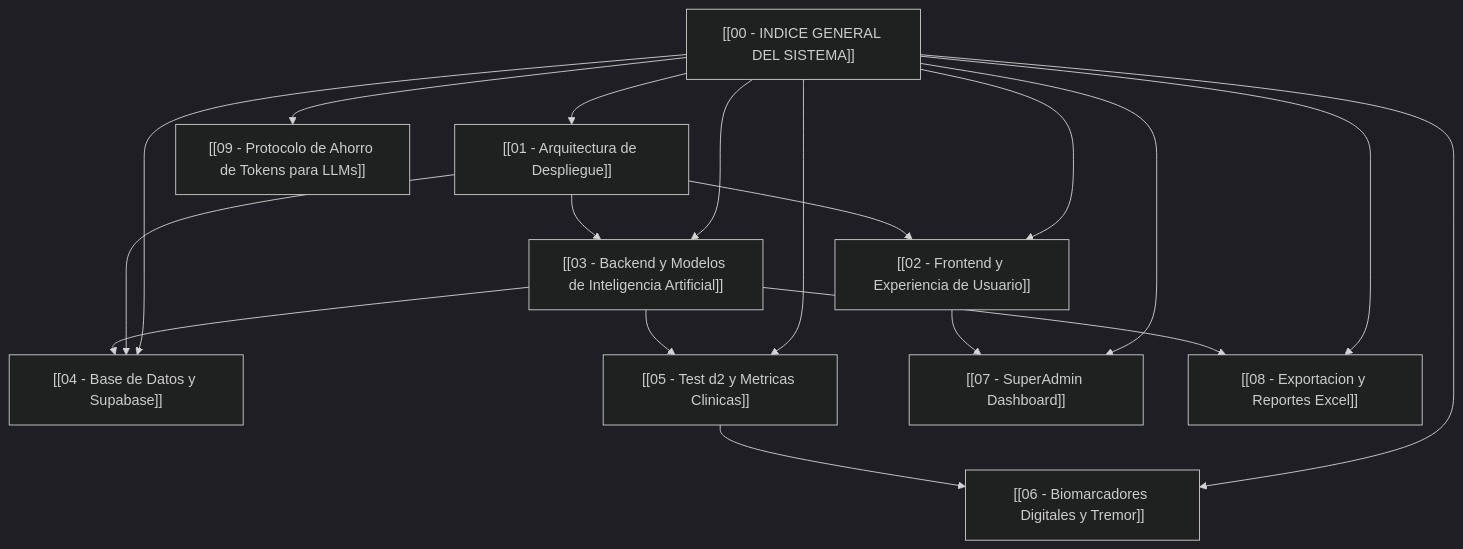
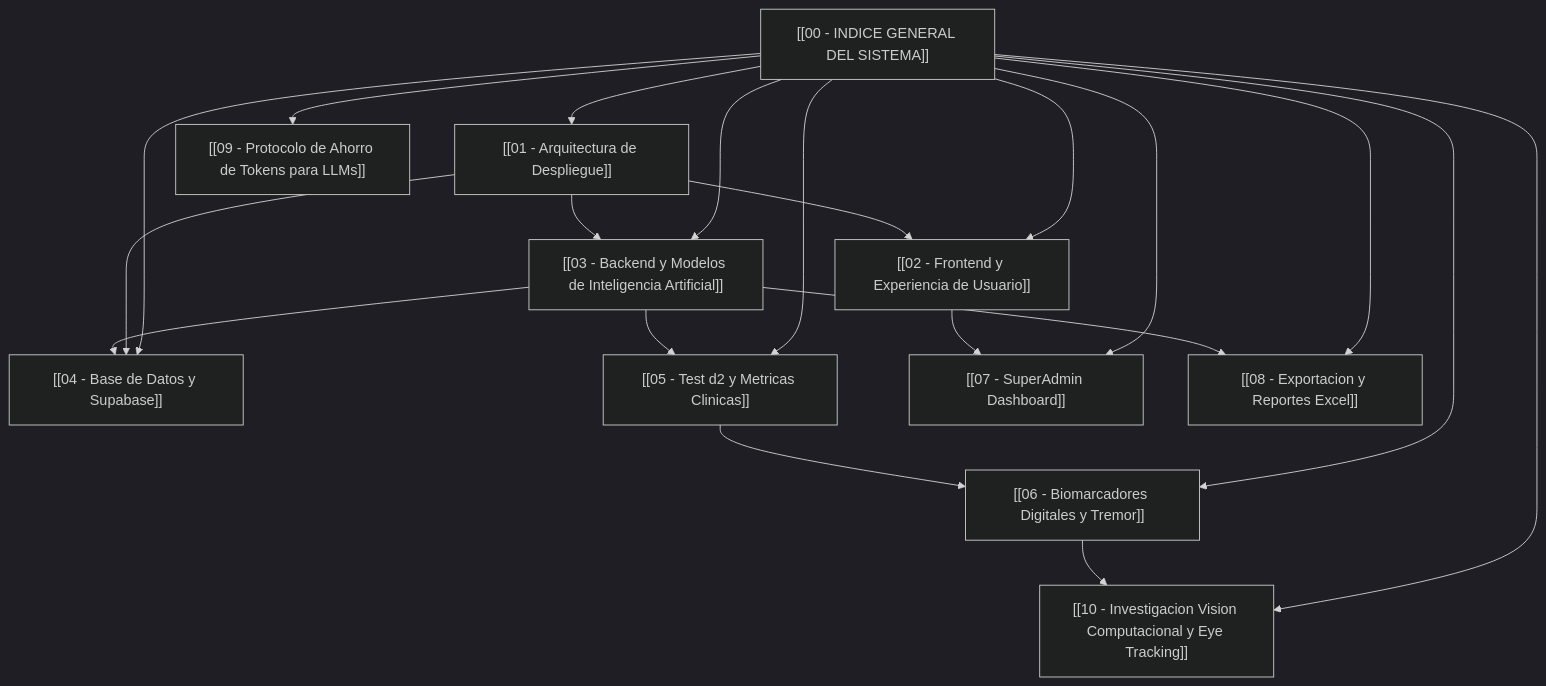
The diagram in obsidian_vault/00 - INDICE GENERAL DEL SISTEMA.md (dillanino05-create/PRLC_PROFESSIONAL_WEB), drawn with Mermaid (dark theme) before and after one commit. The commit also changed other lines of this file and 15 other files, not shown here.

````diff
--- a/obsidian_vault/00 - INDICE GENERAL DEL SISTEMA.md
+++ b/obsidian_vault/00 - INDICE GENERAL DEL SISTEMA.md
@@ -10,21 +10,23 @@
 ```mermaid
 graph TD
     A["[[00 - INDICE GENERAL DEL SISTEMA]]"] --> B["[[01 - Arquitectura de Despliegue]]"]
     A --> C["[[02 - Frontend y Experiencia de Usuario]]"]
     A --> D["[[03 - Backend y Modelos de Inteligencia Artificial]]"]
     A --> E["[[04 - Base de Datos y Supabase]]"]
     A --> F["[[05 - Test d2 y Metricas Clinicas]]"]
     A --> G["[[06 - Biomarcadores Digitales y Tremor]]"]
     A --> H["[[07 - SuperAdmin Dashboard]]"]
     A --> I["[[08 - Exportacion y Reportes Excel]]"]
     A --> J["[[09 - Protocolo de Ahorro de Tokens para LLMs]]"]
+    A --> K["[[10 - Investigacion Vision Computacional y Eye Tracking]]"]
 
     B --> C
     B --> D
     B --> E
     D --> E
     D --> F
     F --> G
     C --> H
     D --> I
+    G --> K
 ```
````
